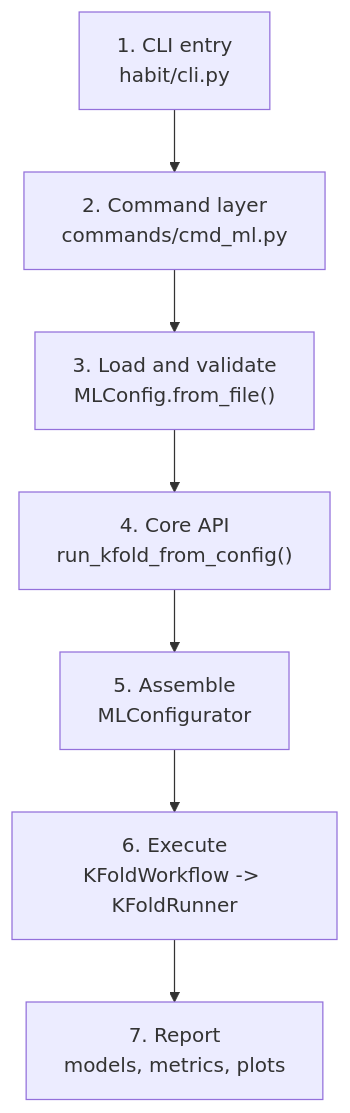
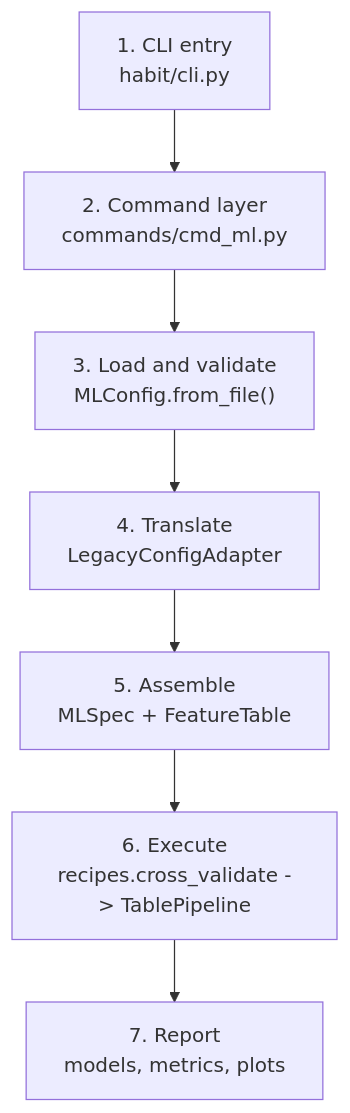
One commit to lichao312214129/HABIT changed the first of 2 diagrams in docs/source/development/request_lifecycle.rst. Above: the diagram before and after it, drawn with Mermaid. The commit also changed other lines of this file and 13 other files, not shown here.

```diff
--- a/docs/source/development/request_lifecycle.rst
+++ b/docs/source/development/request_lifecycle.rst
@@ -16,9 +18,9 @@
 .. mermaid::
 
    flowchart TD
      S1["1. CLI entry<br/>habit/cli.py"] --> S2["2. Command layer<br/>commands/cmd_ml.py"]
      S2 --> S3["3. Load and validate<br/>MLConfig.from_file()"]
-     S3 --> S4["4. Core API<br/>run_kfold_from_config()"]
-     S4 --> S5["5. Assemble<br/>MLConfigurator"]
-     S5 --> S6["6. Execute<br/>KFoldWorkflow -> KFoldRunner"]
+     S3 --> S4["4. Translate<br/>LegacyConfigAdapter"]
+     S4 --> S5["5. Assemble<br/>MLSpec + FeatureTable"]
+     S5 --> S6["6. Execute<br/>recipes.cross_validate -> TablePipeline"]
      S6 --> S7["7. Report<br/>models, metrics, plots"]
```
